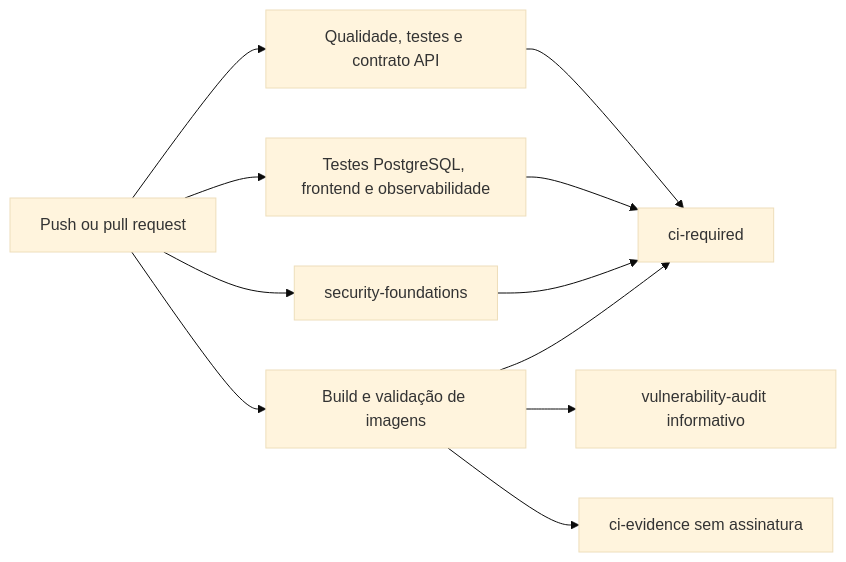
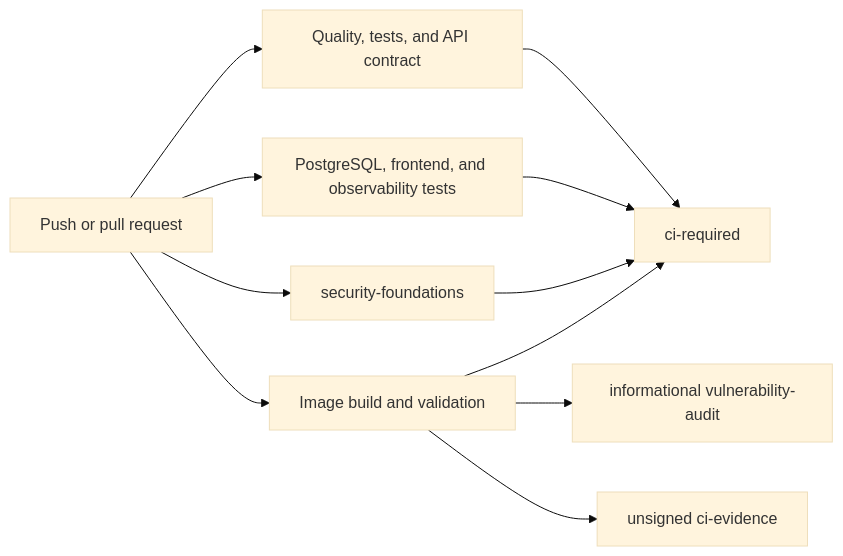
Before and after one commit to jacivaldocarvalho/jc-infrapulse: the fourth of 4 diagrams in docs/architecture.md, drawn with Mermaid (base theme). The commit also changed other lines of this file and 31 other files, not shown here.

````diff
--- a/docs/architecture.md
+++ b/docs/architecture.md
@@ -75,13 +62,13 @@
 ```mermaid
 flowchart LR
-    Change[Push ou pull request] --> Quality[Qualidade, testes e contrato API]
-    Change --> Integration[Testes PostgreSQL, frontend e observabilidade]
+    Change[Push or pull request] --> Quality[Quality, tests, and API contract]
+    Change --> Integration[PostgreSQL, frontend, and observability tests]
     Change --> Security[security-foundations]
-    Change --> Images[Build e validação de imagens]
+    Change --> Images[Image build and validation]
     Quality --> Required[ci-required]
     Integration --> Required
     Security --> Required
     Images --> Required
-    Images --> Audit[vulnerability-audit informativo]
-    Images --> Evidence[ci-evidence sem assinatura]
+    Images --> Audit[informational vulnerability-audit]
+    Images --> Evidence[unsigned ci-evidence]
 ```
````
